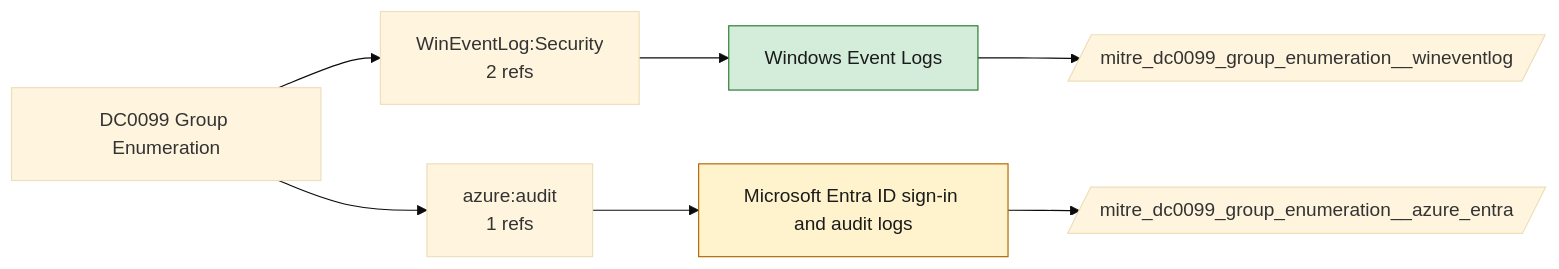
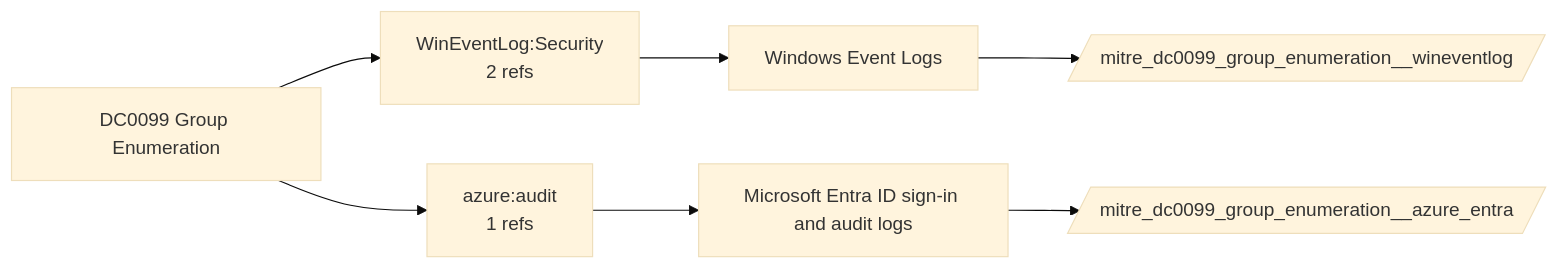
One commit to dev-nobytes-io/mitre-defensive-mappings-spl changed the diagram in docs/data-components/DC0099-group-enumeration.md. Above: the diagram before and after it, drawn with Mermaid (base theme). The commit also changed other lines of this file and 366 other files, not shown here.

````diff
--- a/docs/data-components/DC0099-group-enumeration.md
+++ b/docs/data-components/DC0099-group-enumeration.md
@@ -19,16 +19,12 @@
 ```mermaid
 flowchart LR
   DC["DC0099 Group Enumeration"]
   DC --> LS0["WinEventLog:Security<br/>2 refs"]
   F_wineventlog["Windows Event Logs"]
   LS0 --> F_wineventlog
   DC --> LS1["azure:audit<br/>1 refs"]
   F_azure_entra["Microsoft Entra ID sign-in and audit logs"]
   LS1 --> F_azure_entra
+  F_azure_entra --> ET_azure_entra[/"mitre_dc0099_group_enumeration__azure_entra"/]
   F_wineventlog --> ET_wineventlog[/"mitre_dc0099_group_enumeration__wineventlog"/]
-  class F_wineventlog live
-  F_azure_entra --> ET_azure_entra[/"mitre_dc0099_group_enumeration__azure_entra"/]
-  class F_azure_entra ready
-  classDef live fill:#d4edda,stroke:#2e7d32,color:#1b1b1b
-  classDef ready fill:#fff3cd,stroke:#b26a00,color:#1b1b1b
 ```
````
